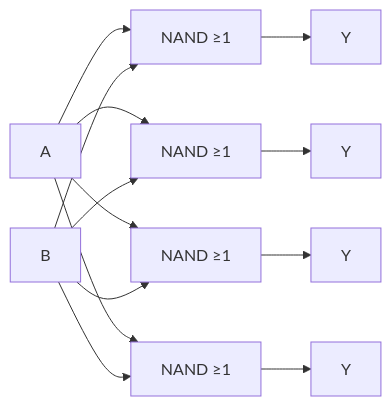
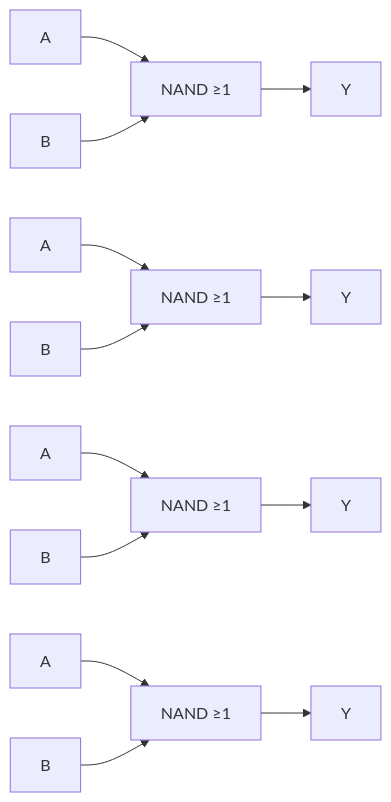
One commit to setrar/microelectronics changed the fifth of 5 diagrams in Components/discrete/Transistors/kit/HomeDepot/BlockDiagrams/README.md. Above: the diagram before and after it, drawn with Mermaid.

````diff
--- a/Components/discrete/Transistors/kit/HomeDepot/BlockDiagrams/README.md
+++ b/Components/discrete/Transistors/kit/HomeDepot/BlockDiagrams/README.md
@@ -40,22 +40,22 @@
 ```mermaid
 graph LR
     %% NAND 1
-    A --> N1[NAND ≥1]
-    B --> N1
+    A1[A] --> N1[NAND ≥1]
+    B1[B] --> N1
     N1 --> Y1[Y]
 
     %% NAND 2
-    A --> N2[NAND ≥1]
-    B --> N2
+    A2[A] --> N2[NAND ≥1]
+    B2[B] --> N2
     N2 --> Y2[Y]
 
     %% NAND 3
-    A --> N3[NAND ≥1]
-    B --> N3
+    A3[A] --> N3[NAND ≥1]
+    B3[B] --> N3
     N3 --> Y3[Y]
 
     %% NAND 4
-    A --> N4[NAND ≥1]
-    B --> N4
+    A4[A] --> N4[NAND ≥1]
+    B4[B] --> N4
     N4 --> Y4[Y]
 ```
````
